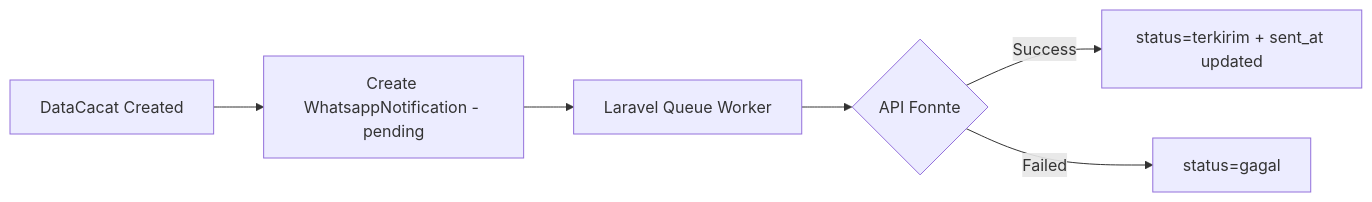
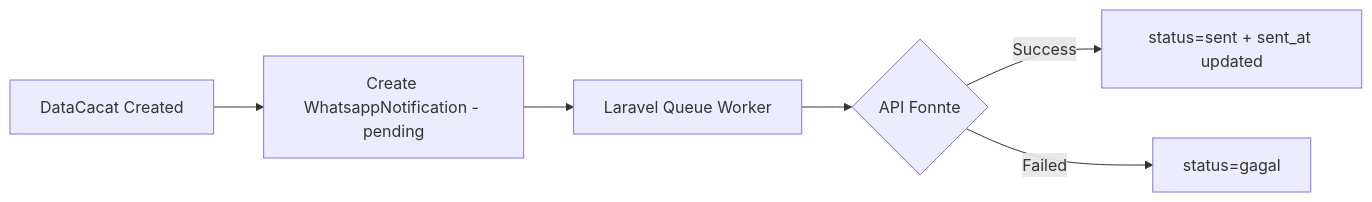
One commit to collegeid/quetzal_nova changed the diagram in README.md. Above: the diagram before and after it, drawn with Mermaid.

````diff
--- a/README.md
+++ b/README.md
@@ -195,8 +195,8 @@
 ```mermaid
 flowchart LR
 A[DataCacat Created] --> B[Create WhatsappNotification - pending]
 B --> C[Laravel Queue Worker]
 C --> D{API Fonnte}
-D -->|Success| E[status=terkirim + sent_at updated]
+D -->|Success| E[status=sent + sent_at updated]
 D -->|Failed| F[status=gagal]
 ```
````
